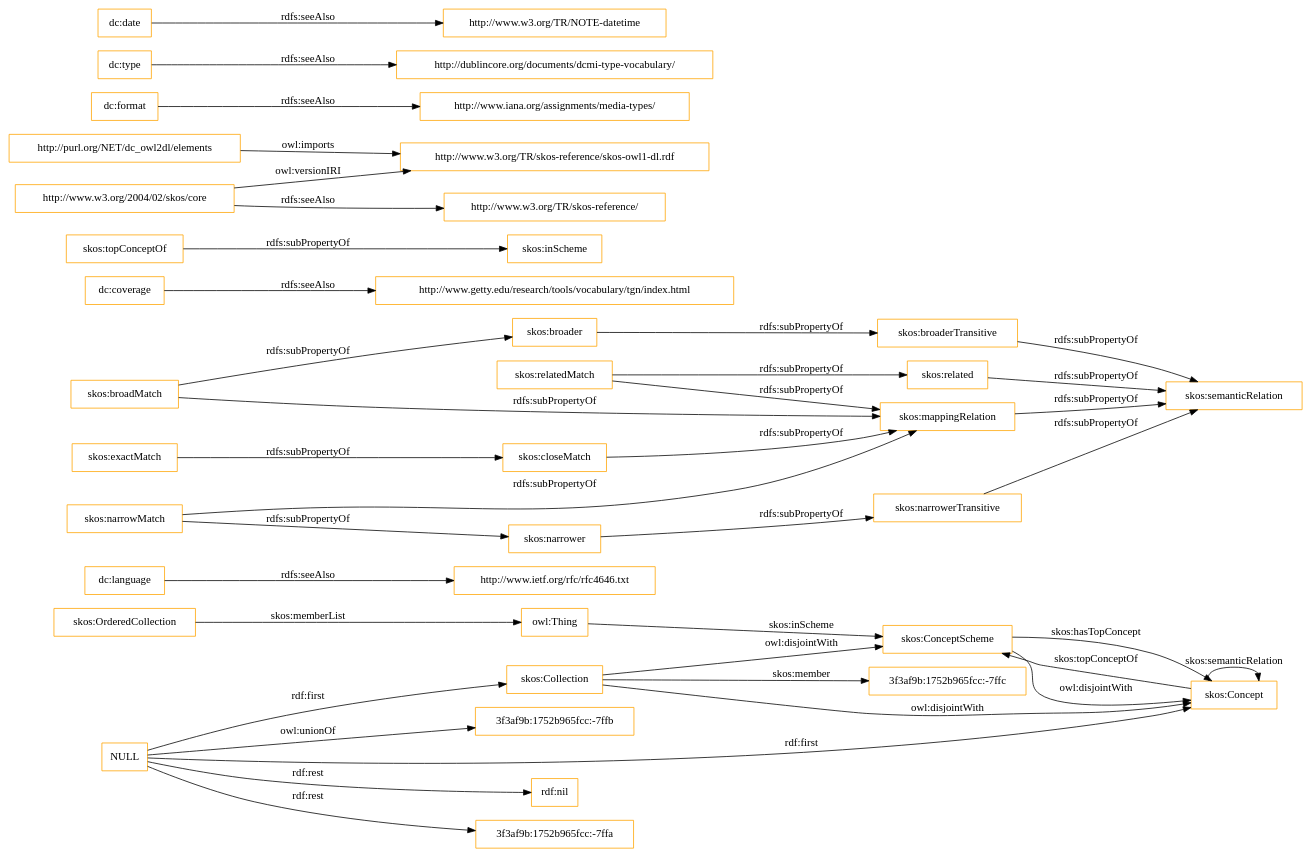
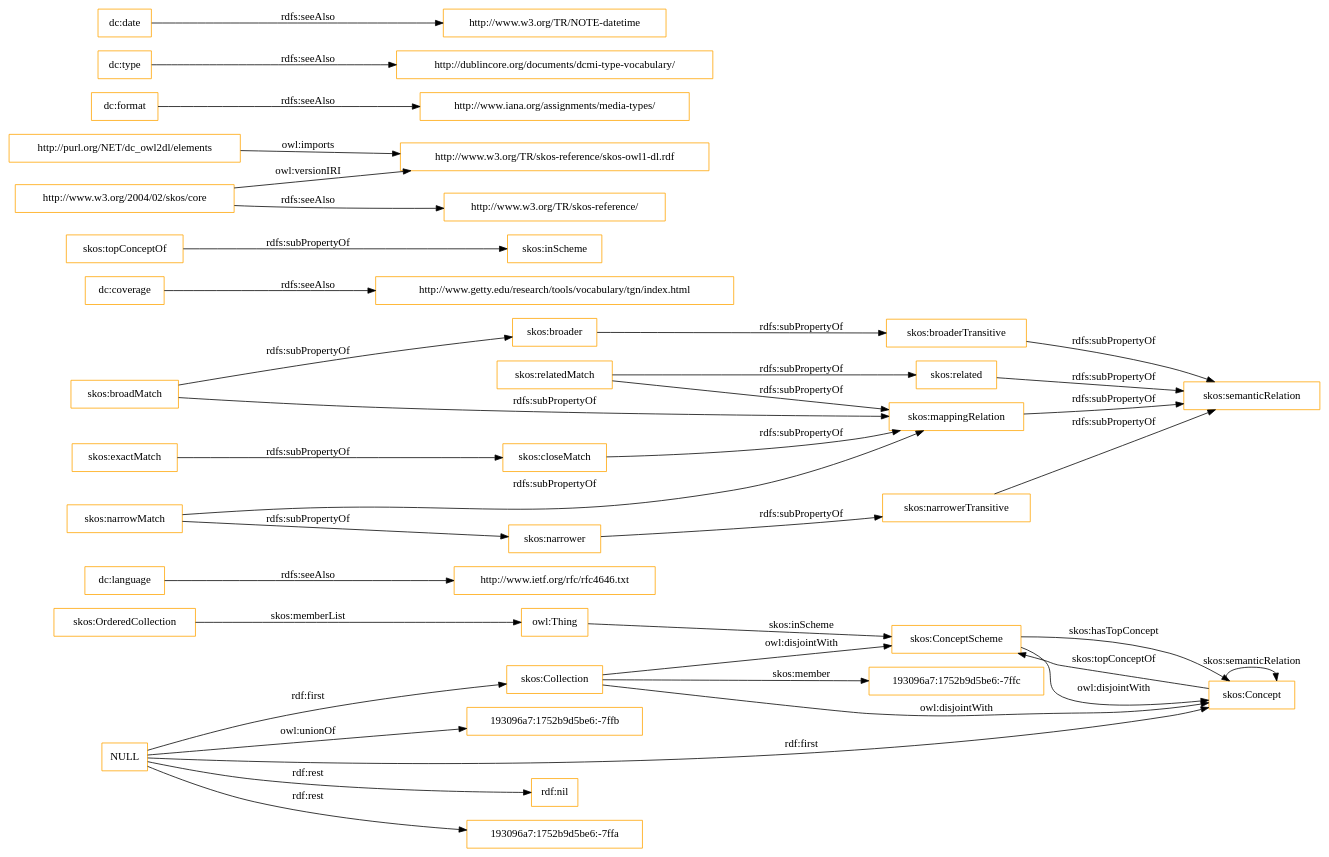
One commit to OnToologyUser/core-ontology-1 changed the diagram in OnToology/imports/elements.owl/diagrams/ar2dtool-class/elements.owl.png.dot. Above: the diagram before and after it, drawn with Graphviz. The commit also changed 14 other files, not shown here.

```diff
--- a/OnToology/imports/elements.owl/diagrams/ar2dtool-class/elements.owl.png.dot
+++ b/OnToology/imports/elements.owl/diagrams/ar2dtool-class/elements.owl.png.dot
@@ -1,43 +1,43 @@
 digraph ar2dtool_diagram { 
 rankdir=LR;
 size="1501"
-node [shape = rectangle, color="orange"]; "3f3af9b:1752b965fcc:-7ffc" "skos:OrderedCollection" "skos:Collection" "skos:ConceptScheme" "skos:Concept" ; /*classes style*/
+node [shape = rectangle, color="orange"]; "193096a7:1752b9d5be6:-7ffc" "skos:OrderedCollection" "skos:Collection" "skos:ConceptScheme" "skos:Concept" ; /*classes style*/
 	"dc:language" -> "http://www.ietf.org/rfc/rfc4646.txt" [ label = "rdfs:seeAlso" ];
 	"NULL" -> "rdf:nil" [ label = "rdf:rest" ];
 	"NULL" -> "skos:Collection" [ label = "rdf:first" ];
-	"NULL" -> "3f3af9b:1752b965fcc:-7ffa" [ label = "rdf:rest" ];
+	"NULL" -> "193096a7:1752b9d5be6:-7ffa" [ label = "rdf:rest" ];
 	"NULL" -> "skos:Concept" [ label = "rdf:first" ];
-	"NULL" -> "3f3af9b:1752b965fcc:-7ffb" [ label = "owl:unionOf" ];
+	"NULL" -> "193096a7:1752b9d5be6:-7ffb" [ label = "owl:unionOf" ];
 	"skos:closeMatch" -> "skos:mappingRelation" [ label = "rdfs:subPropertyOf" ];
 	"dc:coverage" -> "http://www.getty.edu/research/tools/vocabulary/tgn/index.html" [ label = "rdfs:seeAlso" ];
 	"skos:relatedMatch" -> "skos:related" [ label = "rdfs:subPropertyOf" ];
 	"skos:relatedMatch" -> "skos:mappingRelation" [ label = "rdfs:subPropertyOf" ];
 	"skos:ConceptScheme" -> "skos:Concept" [ label = "owl:disjointWith" ];
 	"skos:related" -> "skos:semanticRelation" [ label = "rdfs:subPropertyOf" ];
 	"skos:topConceptOf" -> "skos:inScheme" [ label = "rdfs:subPropertyOf" ];
 	"skos:broadMatch" -> "skos:broader" [ label = "rdfs:subPropertyOf" ];
 	"skos:broadMatch" -> "skos:mappingRelation" [ label = "rdfs:subPropertyOf" ];
 	"http://purl.org/NET/dc_owl2dl/elements" -> "http://www.w3.org/TR/skos-reference/skos-owl1-dl.rdf" [ label = "owl:imports" ];
 	"skos:exactMatch" -> "skos:closeMatch" [ label = "rdfs:subPropertyOf" ];
 	"dc:format" -> "http://www.iana.org/assignments/media-types/" [ label = "rdfs:seeAlso" ];
 	"skos:broaderTransitive" -> "skos:semanticRelation" [ label = "rdfs:subPropertyOf" ];
 	"dc:type" -> "http://dublincore.org/documents/dcmi-type-vocabulary/" [ label = "rdfs:seeAlso" ];
 	"skos:broader" -> "skos:broaderTransitive" [ label = "rdfs:subPropertyOf" ];
 	"skos:mappingRelation" -> "skos:semanticRelation" [ label = "rdfs:subPropertyOf" ];
 	"http://www.w3.org/2004/02/skos/core" -> "http://www.w3.org/TR/skos-reference/skos-owl1-dl.rdf" [ label = "owl:versionIRI" ];
 	"http://www.w3.org/2004/02/skos/core" -> "http://www.w3.org/TR/skos-reference/" [ label = "rdfs:seeAlso" ];
 	"skos:Collection" -> "skos:ConceptScheme" [ label = "owl:disjointWith" ];
 	"skos:Collection" -> "skos:Concept" [ label = "owl:disjointWith" ];
 	"skos:narrowMatch" -> "skos:narrower" [ label = "rdfs:subPropertyOf" ];
 	"skos:narrowMatch" -> "skos:mappingRelation" [ label = "rdfs:subPropertyOf" ];
 	"skos:narrower" -> "skos:narrowerTransitive" [ label = "rdfs:subPropertyOf" ];
 	"dc:date" -> "http://www.w3.org/TR/NOTE-datetime" [ label = "rdfs:seeAlso" ];
 	"skos:narrowerTransitive" -> "skos:semanticRelation" [ label = "rdfs:subPropertyOf" ];
 	"skos:OrderedCollection" -> "owl:Thing" [ label = "skos:memberList" ];
 	"skos:Concept" -> "skos:ConceptScheme" [ label = "skos:topConceptOf" ];
 	"skos:Concept" -> "skos:Concept" [ label = "skos:semanticRelation" ];
-	"skos:Collection" -> "3f3af9b:1752b965fcc:-7ffc" [ label = "skos:member" ];
+	"skos:Collection" -> "193096a7:1752b9d5be6:-7ffc" [ label = "skos:member" ];
 	"skos:ConceptScheme" -> "skos:Concept" [ label = "skos:hasTopConcept" ];
 	"owl:Thing" -> "skos:ConceptScheme" [ label = "skos:inScheme" ];
 
 }
```
